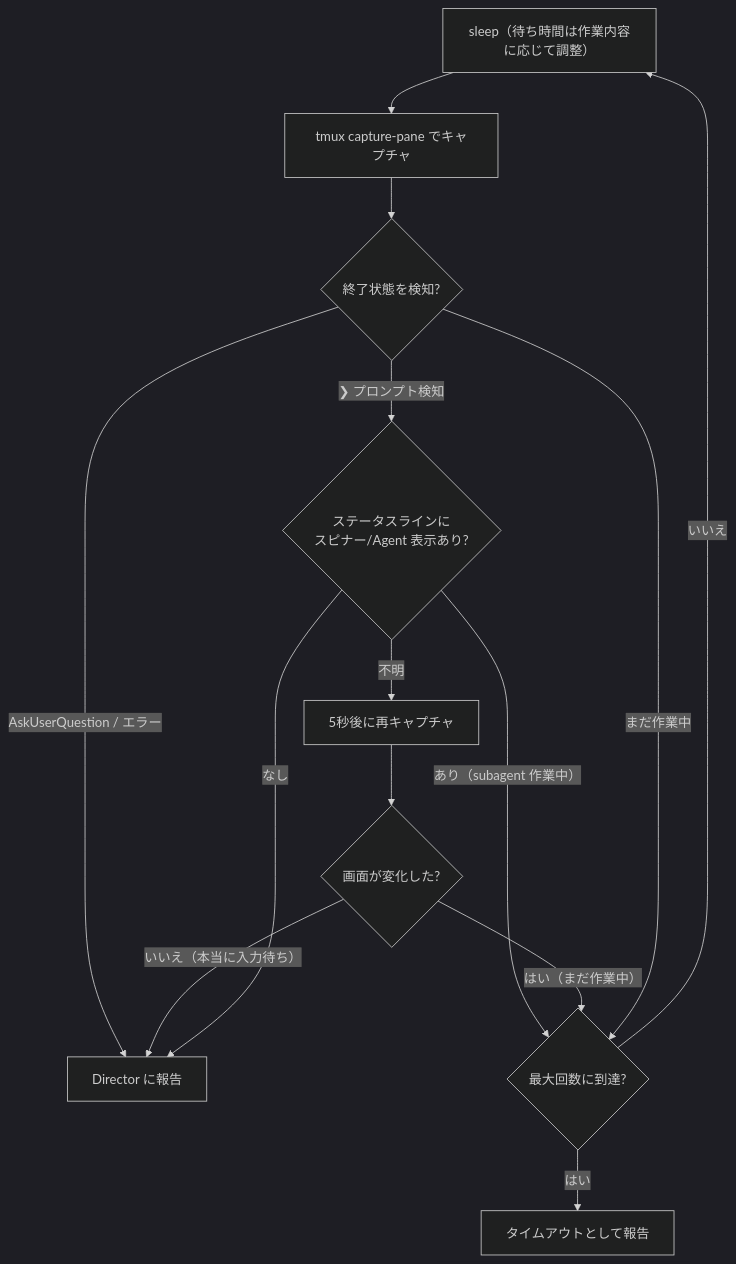
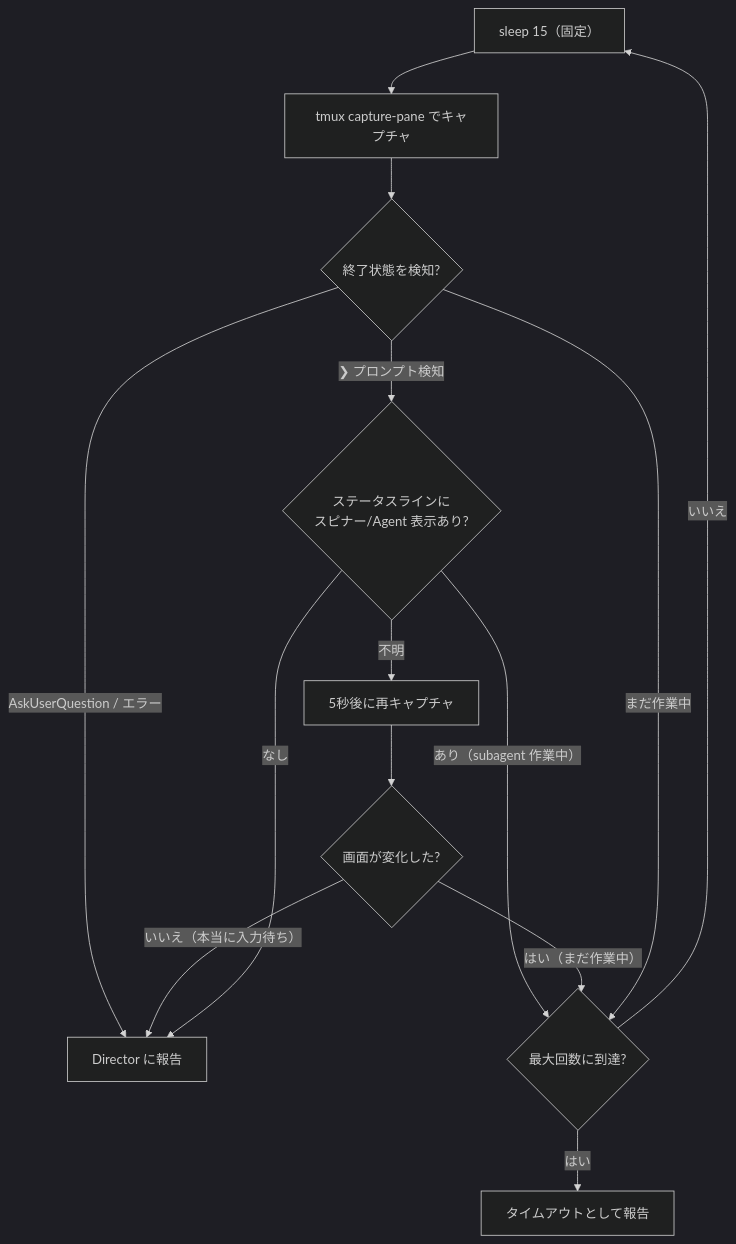
One commit to masuidrive/pdh changed the second of 3 diagrams in skills/tmux-director/SKILL.md. Above: the diagram before and after it, drawn with Mermaid (dark theme). The commit also changed other lines of this file, not shown here.

First line of the commit message:
fix(tmux-director): 監視間隔を全て固定15秒に統一

````diff
--- a/skills/tmux-director/SKILL.md
+++ b/skills/tmux-director/SKILL.md
@@ -49,16 +49,16 @@
 ```mermaid
 flowchart TD
-    M1["sleep（待ち時間は作業内容に応じて調整）"] --> M2["tmux capture-pane でキャプチャ"]
+    M1["sleep 15（固定）"] --> M2["tmux capture-pane でキャプチャ"]
     M2 --> M3{"終了状態を検知?"}
     M3 -- "AskUserQuestion / エラー" --> M4["Director に報告"]
     M3 -- "❯ プロンプト検知" --> M3a{"ステータスラインに<br/>スピナー/Agent 表示あり?"}
     M3a -- "あり（subagent 作業中）" --> M5
     M3a -- "不明" --> M3b["5秒後に再キャプチャ"]
     M3b --> M3c{"画面が変化した?"}
     M3c -- "はい（まだ作業中）" --> M5
     M3c -- "いいえ（本当に入力待ち）" --> M4
     M3a -- "なし" --> M4
     M3 -- "まだ作業中" --> M5{"最大回数に到達?"}
     M5 -- "いいえ" --> M1
     M5 -- "はい" --> M6["タイムアウトとして報告"]
 ```
````
